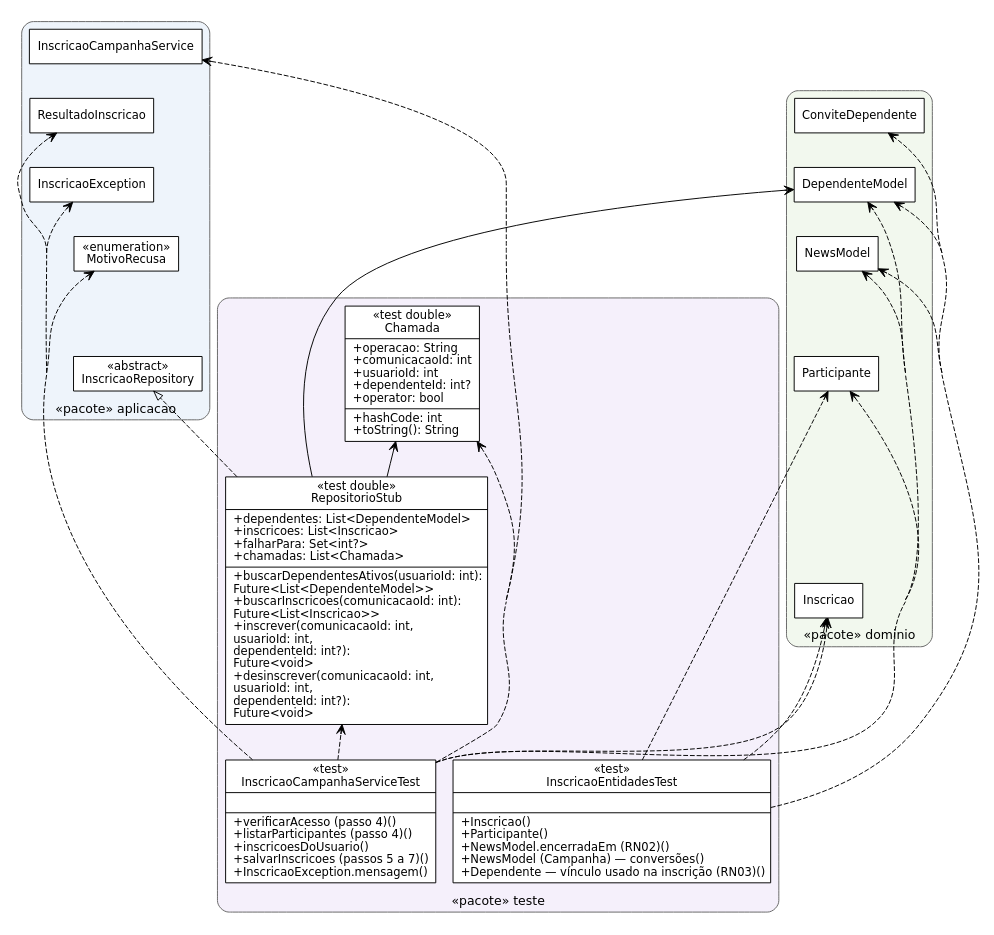
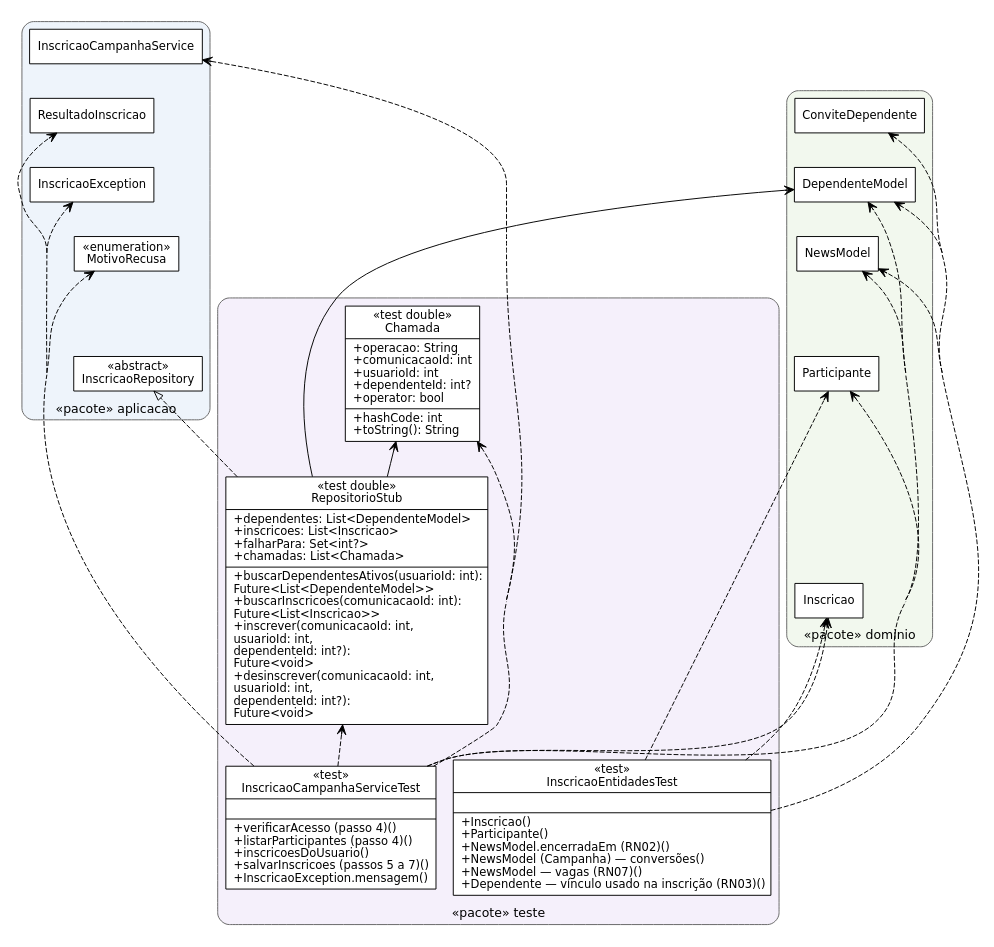
One commit to Conecta-Vida/Conecta-Vida-Mobile changed the diagram in qualidade/relatorios/classes-c-teste.dot. Above: the diagram before and after it, drawn with Graphviz. The commit also changed 23 other files, not shown here.

```diff
--- a/qualidade/relatorios/classes-c-teste.dot
+++ b/qualidade/relatorios/classes-c-teste.dot
@@ -1,52 +1,52 @@
 digraph classes {
 rankdir=BT; nodesep=0.25; ranksep=0.5; pad=0.1; concentrate=true;
 node [shape=record, fontname="DejaVu Sans", fontsize=12, style=filled, fillcolor="#ffffff"];
 edge [fontname="DejaVu Sans", fontsize=11];
 subgraph cluster_0 { label="«pacote» aplicacao"; style="rounded,filled"; fillcolor="#eef4fb"; color=gray40; fontname="DejaVu Sans"; fontsize=13; labelloc=t;
   InscricaoRepository [shape=box, label="«abstract»\nInscricaoRepository"];
   MotivoRecusa [shape=box, label="«enumeration»\nMotivoRecusa"];
   InscricaoException [shape=box, label="InscricaoException"];
   ResultadoInscricao [shape=box, label="ResultadoInscricao"];
   InscricaoCampanhaService [shape=box, label="InscricaoCampanhaService"];
 }
 subgraph cluster_1 { label="«pacote» dominio"; style="rounded,filled"; fillcolor="#f2f8ee"; color=gray40; fontname="DejaVu Sans"; fontsize=13; labelloc=t;
   Inscricao [shape=box, label="Inscricao"];
   Participante [shape=box, label="Participante"];
   NewsModel [shape=box, label="NewsModel"];
   DependenteModel [shape=box, label="DependenteModel"];
   ConviteDependente [shape=box, label="ConviteDependente"];
 }
 subgraph cluster_2 { label="«pacote» teste"; style="rounded,filled"; fillcolor="#f5f0fb"; color=gray40; fontname="DejaVu Sans"; fontsize=13; labelloc=t;
   Chamada [label="{«test double»\nChamada|+operacao: String\l+comunicacaoId: int\l+usuarioId: int\l+dependenteId: int?\l+operator: bool\l|+hashCode: int\l+toString(): String\l}"];
   RepositorioStub [label="{«test double»\nRepositorioStub|+dependentes: List&lt;DependenteModel&gt;\l+inscricoes: List&lt;Inscricao&gt;\l+falharPara: Set&lt;int?&gt;\l+chamadas: List&lt;Chamada&gt;\l|+buscarDependentesAtivos(usuarioId: int):\l      Future&lt;List&lt;DependenteModel&gt;&gt;\l+buscarInscricoes(comunicacaoId: int):\l      Future&lt;List&lt;Inscricao&gt;&gt;\l+inscrever(comunicacaoId: int,\l      usuarioId: int,\l      dependenteId: int?):\l      Future&lt;void&gt;\l+desinscrever(comunicacaoId: int,\l      usuarioId: int,\l      dependenteId: int?):\l      Future&lt;void&gt;\l}"];
   InscricaoCampanhaServiceTest [label="{«test»\nInscricaoCampanhaServiceTest||+verificarAcesso (passo 4)()\l+listarParticipantes (passo 4)()\l+inscricoesDoUsuario()\l+salvarInscricoes (passos 5 a 7)()\l+InscricaoException.mensagem()\l}"];
-  InscricaoEntidadesTest [label="{«test»\nInscricaoEntidadesTest||+Inscricao()\l+Participante()\l+NewsModel.encerradaEm (RN02)()\l+NewsModel (Campanha) — conversões()\l+Dependente — vínculo usado na inscrição (RN03)()\l}"];
+  InscricaoEntidadesTest [label="{«test»\nInscricaoEntidadesTest||+Inscricao()\l+Participante()\l+NewsModel.encerradaEm (RN02)()\l+NewsModel (Campanha) — conversões()\l+NewsModel — vagas (RN07)()\l+Dependente — vínculo usado na inscrição (RN03)()\l}"];
 }
   InscricaoRepository -> MotivoRecusa [style=invis];
   MotivoRecusa -> InscricaoException [style=invis];
   InscricaoException -> ResultadoInscricao [style=invis];
   ResultadoInscricao -> InscricaoCampanhaService [style=invis];
   Inscricao -> Participante [style=invis];
   Participante -> NewsModel [style=invis];
   NewsModel -> DependenteModel [style=invis];
   DependenteModel -> ConviteDependente [style=invis];
   InscricaoCampanhaServiceTest -> Chamada [arrowhead=vee, style=dashed];
   InscricaoCampanhaServiceTest -> DependenteModel [arrowhead=vee, style=dashed];
   InscricaoCampanhaServiceTest -> Inscricao [arrowhead=vee, style=dashed];
   InscricaoCampanhaServiceTest -> InscricaoCampanhaService [arrowhead=vee, style=dashed];
   InscricaoCampanhaServiceTest -> InscricaoException [arrowhead=vee, style=dashed];
   InscricaoCampanhaServiceTest -> MotivoRecusa [arrowhead=vee, style=dashed];
   InscricaoCampanhaServiceTest -> NewsModel [arrowhead=vee, style=dashed];
   InscricaoCampanhaServiceTest -> Participante [arrowhead=vee, style=dashed];
   InscricaoCampanhaServiceTest -> RepositorioStub [arrowhead=vee, style=dashed];
   InscricaoCampanhaServiceTest -> ResultadoInscricao [arrowhead=vee, style=dashed];
   InscricaoEntidadesTest -> ConviteDependente [arrowhead=vee, style=dashed];
   InscricaoEntidadesTest -> DependenteModel [arrowhead=vee, style=dashed];
   InscricaoEntidadesTest -> Inscricao [arrowhead=vee, style=dashed];
   InscricaoEntidadesTest -> NewsModel [arrowhead=vee, style=dashed];
   InscricaoEntidadesTest -> Participante [arrowhead=vee, style=dashed];
   RepositorioStub -> Chamada [arrowhead=vee];
   RepositorioStub -> DependenteModel [arrowhead=vee];
   RepositorioStub -> Inscricao [arrowhead=vee];
   RepositorioStub -> InscricaoRepository [arrowhead=empty, style=dashed];
 }
```
